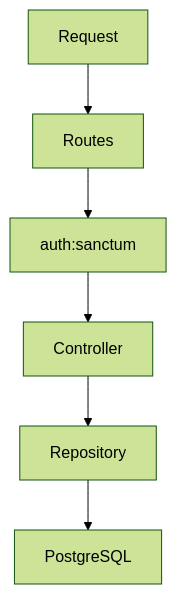
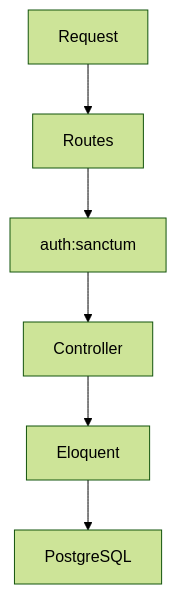
Before and after one commit to ItamarJuniorDEV/car-rental-api: the second of 4 diagrams in README.md, drawn with Mermaid (forest theme). The commit also changed other lines of this file, not shown here.

````diff
--- a/README.md
+++ b/README.md
@@ -78,8 +78,8 @@
 ```mermaid
 flowchart TD
     Request --> Routes
     Routes --> auth:sanctum
     auth:sanctum --> Controller
-    Controller --> Repository
-    Repository --> PostgreSQL
+    Controller --> Eloquent
+    Eloquent --> PostgreSQL
 ```
````
